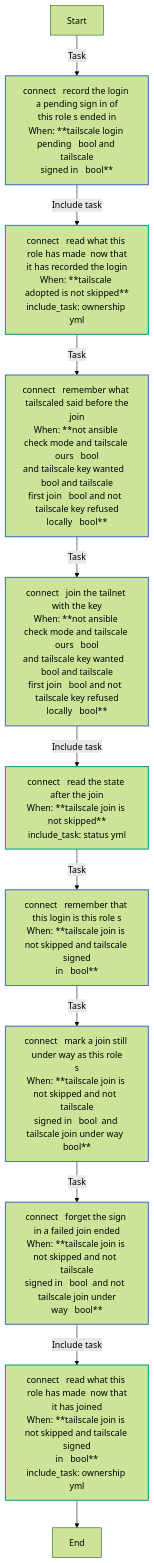
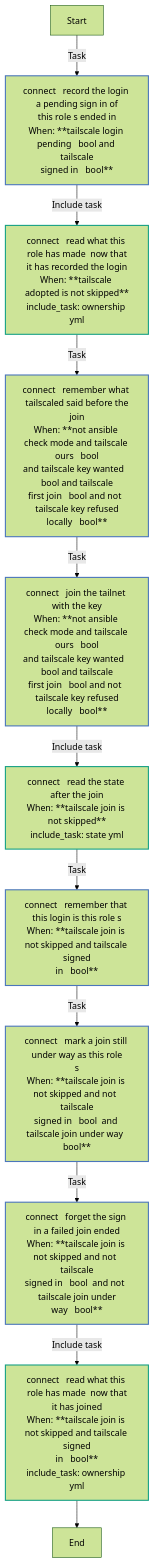
Before and after one commit to kawadeomkar/claude-on-proxmox: the fourth of 13 diagrams in docs/reference/roles/tailscale.md, drawn with Mermaid (forest theme). The commit also changed other lines of this file and 45 other files, not shown here.

````diff
--- a/docs/reference/roles/tailscale.md
+++ b/docs/reference/roles/tailscale.md
@@ -274,23 +290,23 @@
 ```mermaid
 flowchart TD
 Start
 classDef block stroke:#3498db,stroke-width:2px;
 classDef task stroke:#4b76bb,stroke-width:2px;
 classDef includeTasks stroke:#16a085,stroke-width:2px;
 classDef importTasks stroke:#34495e,stroke-width:2px;
 classDef includeRole stroke:#2980b9,stroke-width:2px;
 classDef importRole stroke:#699ba7,stroke-width:2px;
 classDef includeVars stroke:#8e44ad,stroke-width:2px;
 classDef rescue stroke:#665352,stroke-width:2px;
 
   Start-->|Task| connect___Record_the_login_a_pending_sign_in_of_this_role_s_ended_in0[connect   record the login a pending sign in of<br>this role s ended in<br>When: **tailscale login pending   bool and tailscale<br>signed in   bool**]:::task
   connect___Record_the_login_a_pending_sign_in_of_this_role_s_ended_in0-->|Include task| connect___Read_what_this_role_has_made__now_that_it_has_recorded_the_login_ownership_yml_1[connect   read what this role has made  now that<br>it has recorded the login<br>When: **tailscale adopted is not skipped**<br>include_task: ownership yml]:::includeTasks
   connect___Read_what_this_role_has_made__now_that_it_has_recorded_the_login_ownership_yml_1-->|Task| connect___Remember_what_tailscaled_said_before_the_join2[connect   remember what tailscaled said before the<br>join<br>When: **not ansible check mode and tailscale ours   bool<br>and tailscale key wanted   bool and tailscale<br>first join   bool and not  tailscale key refused<br>locally   bool**]:::task
   connect___Remember_what_tailscaled_said_before_the_join2-->|Task| connect___Join_the_tailnet_with_the_key3[connect   join the tailnet with the key<br>When: **not ansible check mode and tailscale ours   bool<br>and tailscale key wanted   bool and tailscale<br>first join   bool and not  tailscale key refused<br>locally   bool**]:::task
-  connect___Join_the_tailnet_with_the_key3-->|Include task| connect___Read_the_state_after_the_join_status_yml_4[connect   read the state after the join<br>When: **tailscale join is not skipped**<br>include_task: status yml]:::includeTasks
-  connect___Read_the_state_after_the_join_status_yml_4-->|Task| connect___Remember_that_this_login_is_this_role_s5[connect   remember that this login is this role s<br>When: **tailscale join is not skipped and tailscale signed<br>in   bool**]:::task
+  connect___Join_the_tailnet_with_the_key3-->|Include task| connect___Read_the_state_after_the_join_state_yml_4[connect   read the state after the join<br>When: **tailscale join is not skipped**<br>include_task: state yml]:::includeTasks
+  connect___Read_the_state_after_the_join_state_yml_4-->|Task| connect___Remember_that_this_login_is_this_role_s5[connect   remember that this login is this role s<br>When: **tailscale join is not skipped and tailscale signed<br>in   bool**]:::task
   connect___Remember_that_this_login_is_this_role_s5-->|Task| connect___Mark_a_join_still_under_way_as_this_role_s6[connect   mark a join still under way as this role<br>s<br>When: **tailscale join is not skipped and not  tailscale<br>signed in   bool  and tailscale join under way  <br>bool**]:::task
   connect___Mark_a_join_still_under_way_as_this_role_s6-->|Task| connect___Forget_the_sign_in_a_failed_join_ended7[connect   forget the sign in a failed join ended<br>When: **tailscale join is not skipped and not  tailscale<br>signed in   bool  and not  tailscale join under<br>way   bool**]:::task
   connect___Forget_the_sign_in_a_failed_join_ended7-->|Include task| connect___Read_what_this_role_has_made__now_that_it_has_joined_ownership_yml_8[connect   read what this role has made  now that<br>it has joined<br>When: **tailscale join is not skipped and tailscale signed<br>in   bool**<br>include_task: ownership yml]:::includeTasks
   connect___Read_what_this_role_has_made__now_that_it_has_joined_ownership_yml_8-->End
 ```
````
